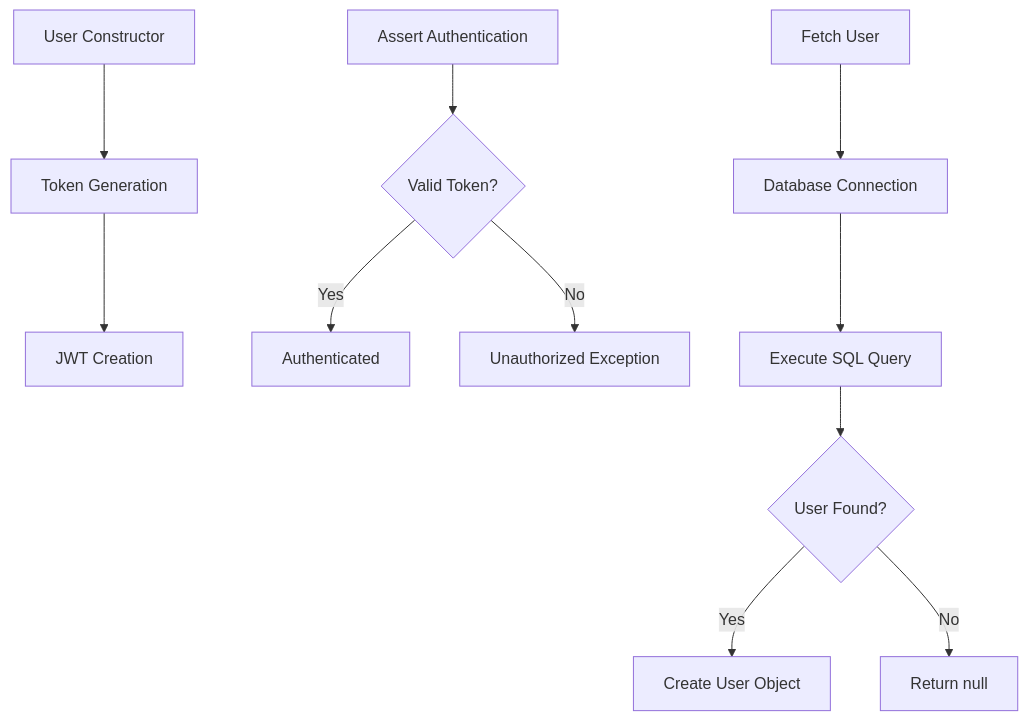
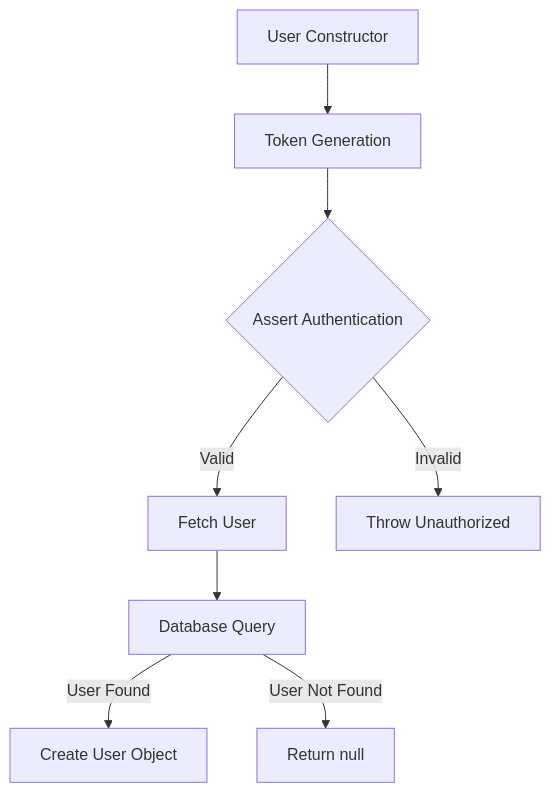
The first of 2 diagrams in wiki/src/java/com/scalesec/vulnado/User.java.md (julioarruda/vulnado), drawn with Mermaid before and after one commit. The commit also changed other lines of this file and 1 other file, not shown here.

````diff
--- a/wiki/src/java/com/scalesec/vulnado/User.java.md
+++ b/wiki/src/java/com/scalesec/vulnado/User.java.md
@@ -9,13 +9,10 @@
 ```mermaid
-graph TD
+flowchart TD
     A["User Constructor"] --> B["Token Generation"]
-    B --> C["JWT Creation"]
-    D["Assert Authentication"] --> E{"Valid Token?"}
-    E -->|Yes| F["Authenticated"]
-    E -->|No| G["Unauthorized Exception"]
-    H["Fetch User"] --> I["Database Connection"]
-    I --> J["Execute SQL Query"]
-    J --> K{"User Found?"}
-    K -->|Yes| L["Create User Object"]
-    K -->|No| M["Return null"]
+    B --> C{"Assert Authentication"}
+    C -->|"Valid"| D["Fetch User"]
+    C -->|"Invalid"| E["Throw Unauthorized"]
+    D --> F["Database Query"]
+    F -->|"User Found"| G["Create User Object"]
+    F -->|"User Not Found"| H["Return null"]
 ```
````
